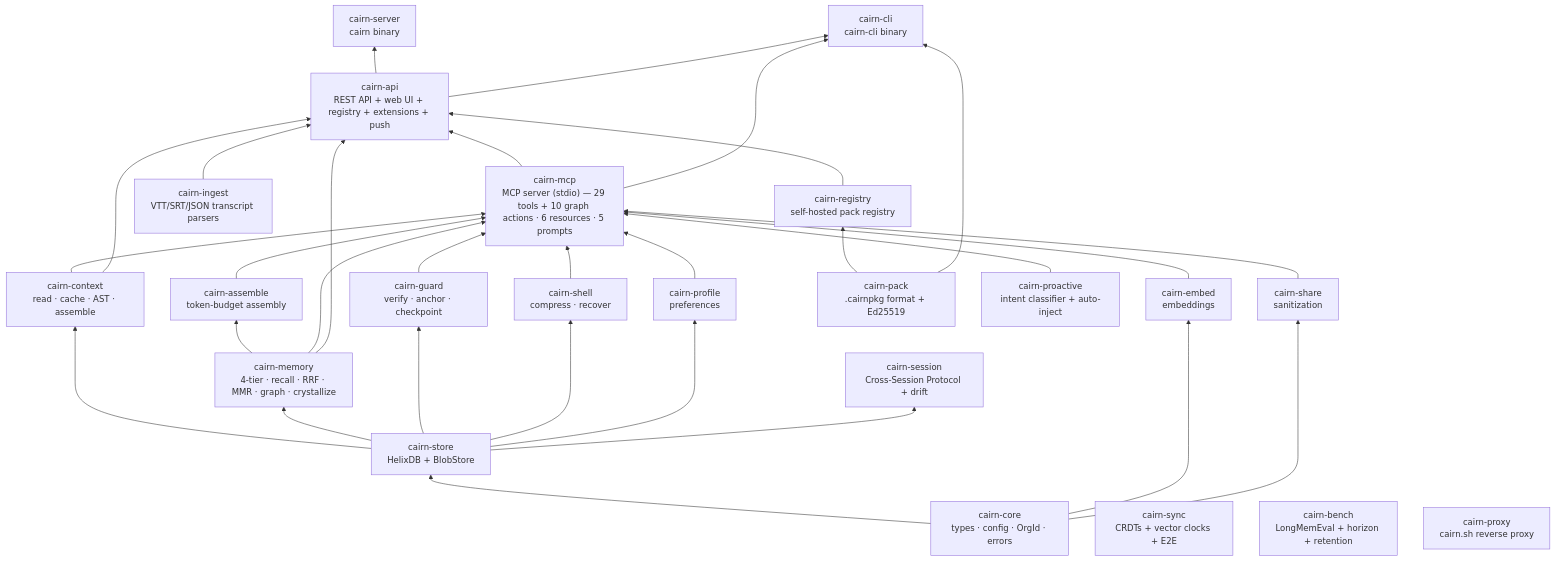
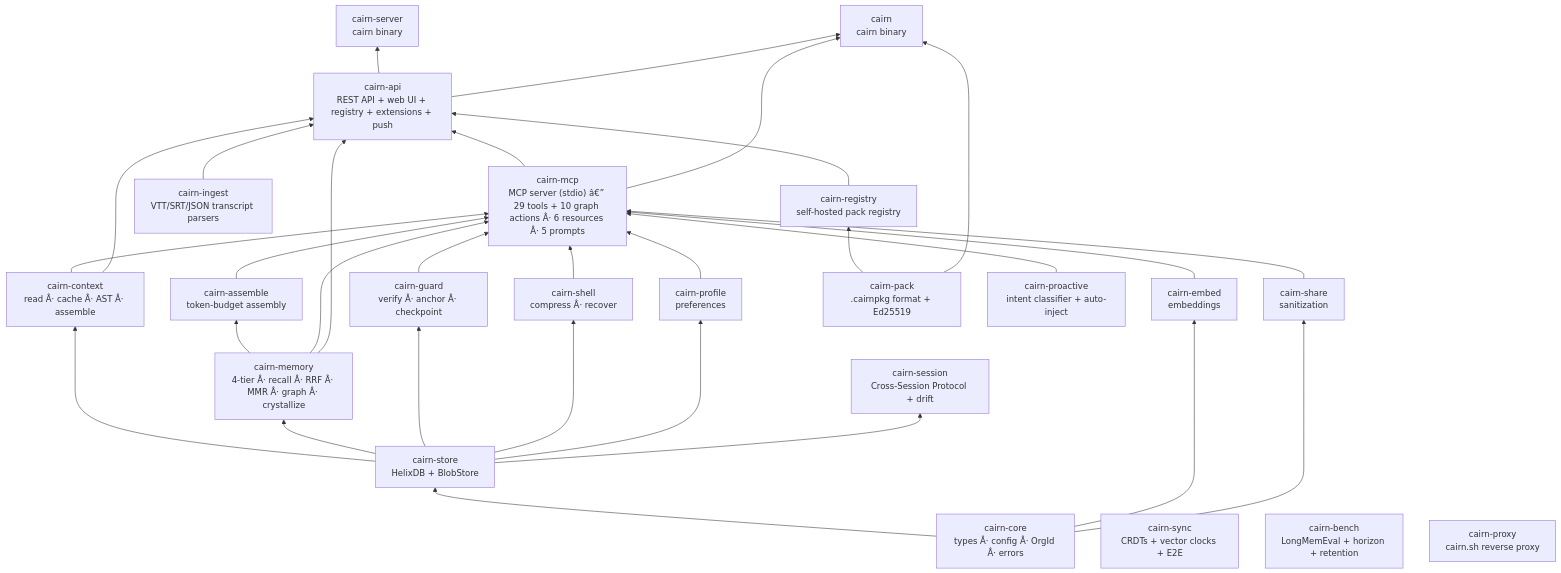
One commit to Vellixia/cairn changed the second of 2 diagrams in docs/ARCHITECTURE.md. Above: the diagram before and after it, drawn with Mermaid. The commit also changed other lines of this file and 38 other files, not shown here.

````diff
--- a/docs/ARCHITECTURE.md
+++ b/docs/ARCHITECTURE.md
@@ -42,55 +42,55 @@
 ```mermaid
 graph BT
-    core["cairn-core<br/>types · config · OrgId · errors"]
+    core["cairn-core<br/>types Â· config Â· OrgId Â· errors"]
     store["cairn-store<br/>HelixDB + BlobStore"]
-    context["cairn-context<br/>read · cache · AST · assemble"]
-    memory["cairn-memory<br/>4-tier · recall · RRF · MMR · graph · crystallize"]
-    guard["cairn-guard<br/>verify · anchor · checkpoint"]
-    shell["cairn-shell<br/>compress · recover"]
+    context["cairn-context<br/>read Â· cache Â· AST Â· assemble"]
+    memory["cairn-memory<br/>4-tier Â· recall Â· RRF Â· MMR Â· graph Â· crystallize"]
+    guard["cairn-guard<br/>verify Â· anchor Â· checkpoint"]
+    shell["cairn-shell<br/>compress Â· recover"]
     profile["cairn-profile<br/>preferences"]
     assemble["cairn-assemble<br/>token-budget assembly"]
     share["cairn-share<br/>sanitization"]
     embed["cairn-embed<br/>embeddings"]
     session["cairn-session<br/>Cross-Session Protocol + drift"]
     pack["cairn-pack<br/>.cairnpkg format + Ed25519"]
     registry["cairn-registry<br/>self-hosted pack registry"]
     sync["cairn-sync<br/>CRDTs + vector clocks + E2E"]
     bench["cairn-bench<br/>LongMemEval + horizon + retention"]
     proactive["cairn-proactive<br/>intent classifier + auto-inject"]
     proxy["cairn-proxy<br/>cairn.sh reverse proxy"]
     ingest["cairn-ingest<br/>VTT/SRT/JSON transcript parsers"]
-    mcp["cairn-mcp<br/>MCP server (stdio) — 29 tools + 10 graph actions · 6 resources · 5 prompts"]
+    mcp["cairn-mcp<br/>MCP server (stdio) â€” 29 tools + 10 graph actions Â· 6 resources Â· 5 prompts"]
     api["cairn-api<br/>REST API + web UI + registry + extensions + push"]
     server["cairn-server<br/>cairn binary"]
-    cli["cairn-cli<br/>cairn-cli binary"]
+    cli["cairn<br/>cairn binary"]
 
     core --> store
     core --> embed
     core --> share
     store --> context
     store --> memory
     store --> guard
     store --> shell
     store --> profile
     store --> session
     memory --> assemble
     context --> mcp
     memory --> mcp
     guard --> mcp
     shell --> mcp
     profile --> mcp
     share --> mcp
     embed --> mcp
     assemble --> mcp
     proactive --> mcp
     context --> api
     memory --> api
     mcp --> api
     pack --> registry
     registry --> api
     ingest --> api
     pack --> cli
     api --> server
     mcp --> cli
     api --> cli
 ```
````
